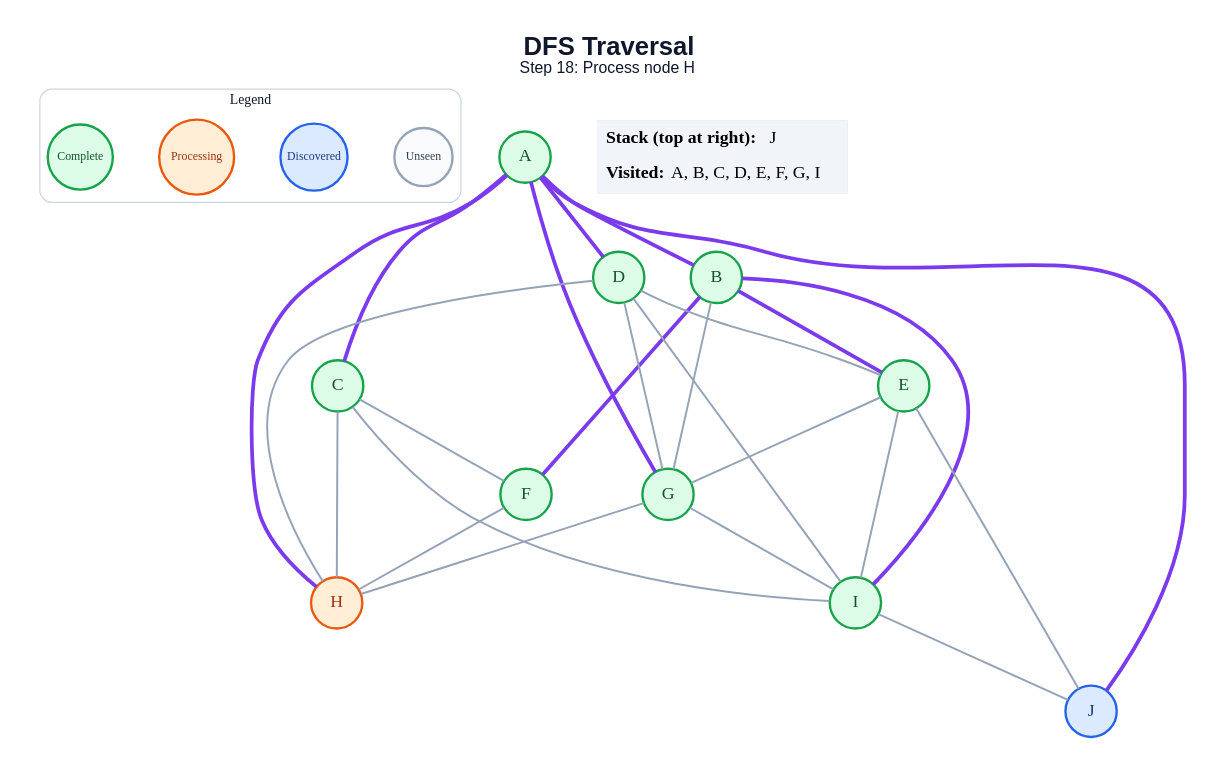
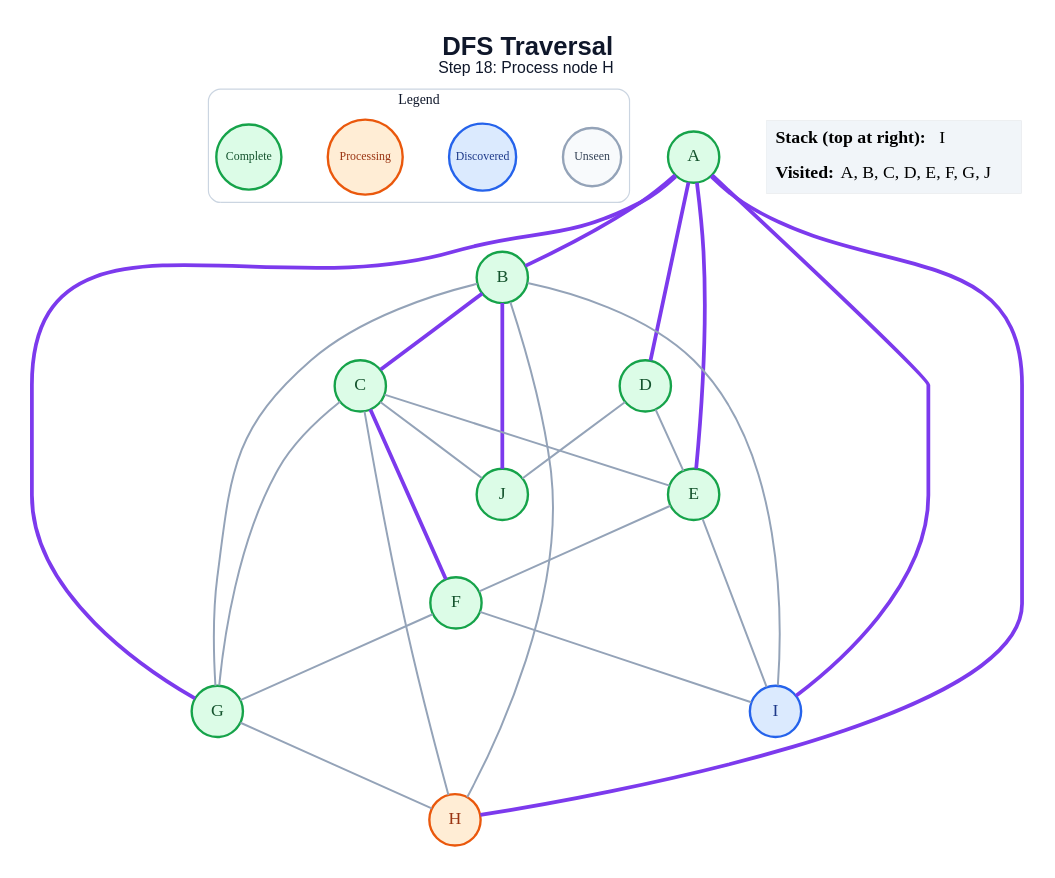
One commit to amanghodawala9/ai-slop changed the diagram in generated/dfs/step_18.dot. Above: the diagram before and after it, drawn with Graphviz. The commit also changed 178 other files, not shown here.

```diff
--- a/generated/dfs/step_18.dot
+++ b/generated/dfs/step_18.dot
@@ -1,53 +1,52 @@
 graph traversal {
   graph [layout=dot, rankdir=TB, bgcolor="#FFFFFF", pad="0.35", nodesep="0.65", ranksep="0.8", fontname="Arial"];
   node [shape=circle, style="filled", fontname="Arial Bold", fontsize=18, width=0.72, fixedsize=true, penwidth=2.4];
   edge [color="#94A3B8", penwidth=2.0];
   label=<<B>DFS Traversal</B><BR/><FONT POINT-SIZE="16">Step 18: Process node H</FONT>>; labelloc="t"; fontsize=26; fontname="Arial"; fontcolor="#0F172A";
   subgraph cluster_legend { label="Legend"; color="#CBD5E1"; penwidth=1.2; style="rounded"; fontsize=14; fontname="Arial Bold";
     key_unseen [label="Unseen", fillcolor="#F8FAFC", color="#94A3B8", fontcolor="#334155", fontsize=12, width=0.82];
     key_frontier [label="Discovered", fillcolor="#DBEAFE", color="#2563EB", fontcolor="#1E3A8A", fontsize=12, width=0.95];
     key_current [label="Processing", fillcolor="#FFEDD5", color="#EA580C", fontcolor="#9A3412", fontsize=12, width=1.05];
     key_done [label="Complete", fillcolor="#DCFCE7", color="#16A34A", fontcolor="#14532D", fontsize=12, width=0.92];
     { rank=same; key_unseen; key_frontier; key_current; key_done; }
   }
   A [fillcolor="#DCFCE7", color="#16A34A", fontcolor="#14532D"];
   B [fillcolor="#DCFCE7", color="#16A34A", fontcolor="#14532D"];
   C [fillcolor="#DCFCE7", color="#16A34A", fontcolor="#14532D"];
   D [fillcolor="#DCFCE7", color="#16A34A", fontcolor="#14532D"];
   E [fillcolor="#DCFCE7", color="#16A34A", fontcolor="#14532D"];
   F [fillcolor="#DCFCE7", color="#16A34A", fontcolor="#14532D"];
   G [fillcolor="#DCFCE7", color="#16A34A", fontcolor="#14532D"];
   H [fillcolor="#FFEDD5", color="#EA580C", fontcolor="#9A3412"];
-  I [fillcolor="#DCFCE7", color="#16A34A", fontcolor="#14532D"];
-  J [fillcolor="#DBEAFE", color="#2563EB", fontcolor="#1E3A8A"];
+  I [fillcolor="#DBEAFE", color="#2563EB", fontcolor="#1E3A8A"];
+  J [fillcolor="#DCFCE7", color="#16A34A", fontcolor="#14532D"];
   A -- B [color="#7C3AED", penwidth=3.8];
-  A -- C [color="#7C3AED", penwidth=3.8];
   A -- D [color="#7C3AED", penwidth=3.8];
+  A -- E [color="#7C3AED", penwidth=3.8];
   A -- G [color="#7C3AED", penwidth=3.8];
   A -- H [color="#7C3AED", penwidth=3.8];
-  A -- J [color="#7C3AED", penwidth=3.8];
-  B -- E [color="#7C3AED", penwidth=3.8];
-  B -- F [color="#7C3AED", penwidth=3.8];
+  A -- I [color="#7C3AED", penwidth=3.8];
+  B -- C [color="#7C3AED", penwidth=3.8];
   B -- G;
-  B -- I [color="#7C3AED", penwidth=3.8];
-  C -- F;
+  B -- H;
+  B -- I;
+  B -- J [color="#7C3AED", penwidth=3.8];
+  C -- E;
+  C -- F [color="#7C3AED", penwidth=3.8];
+  C -- G;
   C -- H;
-  C -- I;
+  C -- J;
   D -- E;
-  D -- G;
-  D -- H;
-  D -- I;
-  E -- G;
+  D -- J;
+  E -- F;
   E -- I;
-  E -- J;
-  F -- H;
+  F -- G;
+  F -- I;
   G -- H;
-  G -- I;
-  I -- J;
   status [shape=plain, fixedsize=false, width=0, height=0, margin=0, label=<
     <TABLE BORDER="0" CELLBORDER="0" CELLPADDING="7" BGCOLOR="#F1F5F9">
-      <TR><TD ALIGN="LEFT"><B>Stack (top at right):</B> J</TD></TR>
-      <TR><TD ALIGN="LEFT"><B>Visited:</B> A, B, C, D, E, F, G, I</TD></TR>
+      <TR><TD ALIGN="LEFT"><B>Stack (top at right):</B> I</TD></TR>
+      <TR><TD ALIGN="LEFT"><B>Visited:</B> A, B, C, D, E, F, G, J</TD></TR>
     </TABLE>
   >];
 }
```
